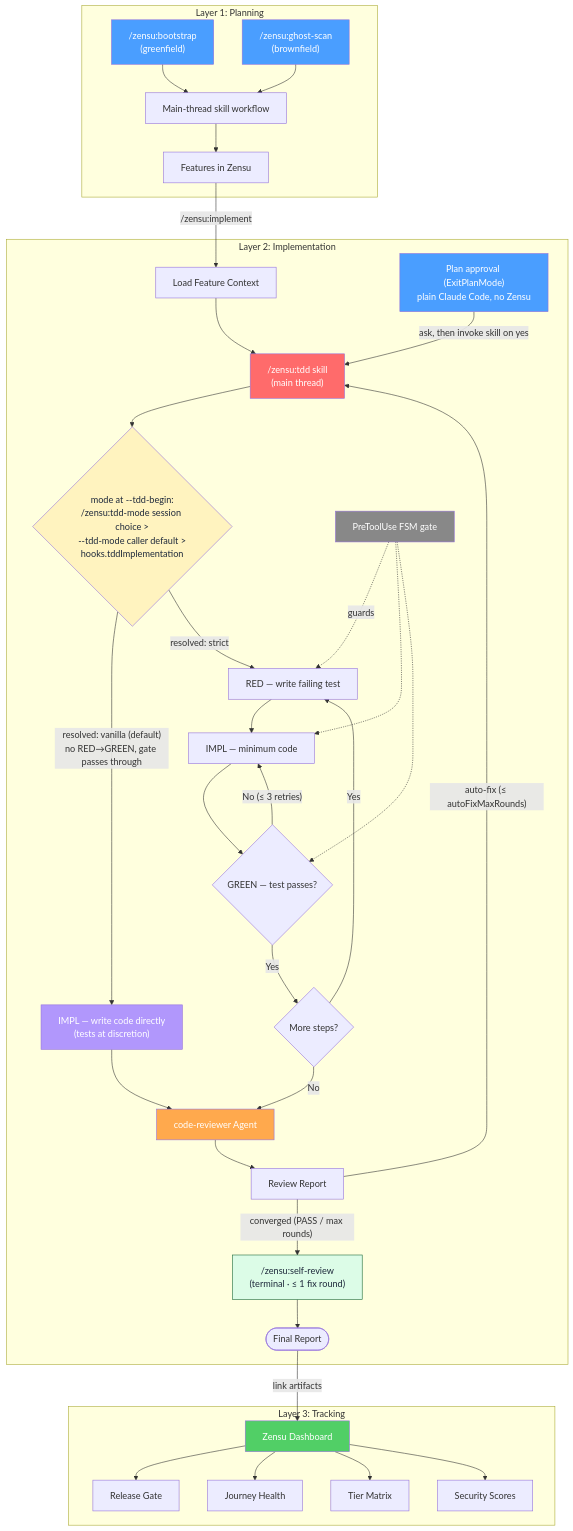
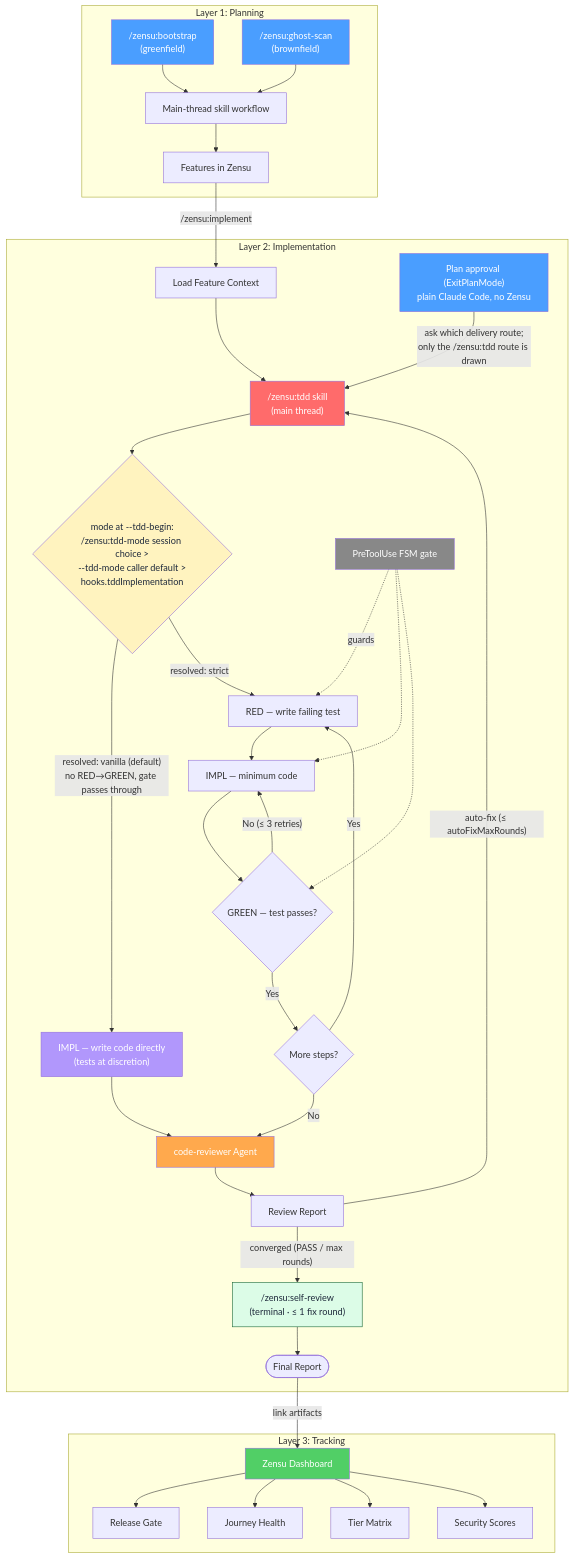
The diagram in docs/architecture.md (MKITConsulting/zensu-claude-code), drawn with Mermaid before and after one commit. The commit also changed 24 other files, not shown here.

First line of the commit message:
feat(plan-gate): ask which delivery route an approved plan takes (#295)

````diff
--- a/docs/architecture.md
+++ b/docs/architecture.md
@@ -32,50 +32,50 @@
 ```mermaid
 flowchart TD
     subgraph Planning["Layer 1: Planning"]
         A1["/zensu:bootstrap<br/>(greenfield)"] --> B["Main-thread skill workflow"]
         A2["/zensu:ghost-scan<br/>(brownfield)"] --> B
         B --> C["Features in Zensu"]
     end
 
     subgraph Implementation["Layer 2: Implementation"]
         C -->|"/zensu:implement"| D["Load Feature Context"]
-        PLAIN["Plan approval (ExitPlanMode)<br/>plain Claude Code, no Zensu"] -->|"ask, then invoke skill on yes"| E
+        PLAIN["Plan approval (ExitPlanMode)<br/>plain Claude Code, no Zensu"] -->|"ask which delivery route;<br/>only the /zensu:tdd route is drawn"| E
         D --> E["/zensu:tdd skill<br/>(main thread)"]
         E --> MODE{"mode at --tdd-begin:<br/>/zensu:tdd-mode session choice ><br/>--tdd-mode caller default ><br/>hooks.tddImplementation"}
         MODE -->|"resolved: vanilla (default)<br/>no RED→GREEN, gate passes through"| VAN["IMPL — write code directly<br/>(tests at discretion)"]
         MODE -->|"resolved: strict"| RED["RED — write failing test"]
         VAN --> K
         RED --> IMPL["IMPL — minimum code"]
         IMPL --> GREEN{"GREEN — test passes?"}
         GREEN -->|"No (≤ 3 retries)"| IMPL
         GREEN -->|"Yes"| NEXT{"More steps?"}
         NEXT -->|"Yes"| RED
         NEXT -->|"No"| K["code-reviewer Agent"]
         K --> L["Review Report"]
         L -->|"auto-fix (≤ autoFixMaxRounds)"| E
         L -->|"converged (PASS / max rounds)"| SR["/zensu:self-review<br/>(terminal · ≤ 1 fix round)"]
         SR --> FR(["Final Report"])
         GATE["PreToolUse FSM gate"] -.guards.-> RED
         GATE -.-> IMPL
         GATE -.-> GREEN
     end
 
     subgraph Tracking["Layer 3: Tracking"]
         FR -->|"link artifacts"| M["Zensu Dashboard"]
         M --> Q["Release Gate"]
         M --> P["Journey Health"]
         M --> O["Tier Matrix"]
         M --> N["Security Scores"]
     end
 
     style A1 fill:#4a9eff,color:#fff
     style A2 fill:#4a9eff,color:#fff
     style PLAIN fill:#4a9eff,color:#fff
     style E fill:#ff6b6b,color:#fff
     style MODE fill:#fff3bf,color:#1e293b
     style VAN fill:#b197fc,color:#fff
     style GATE fill:#888,color:#fff
     style K fill:#ffa94d,color:#fff
     style SR fill:#dcfce7,stroke:#166534,color:#1e293b
     style M fill:#51cf66,color:#fff
 ```
````
